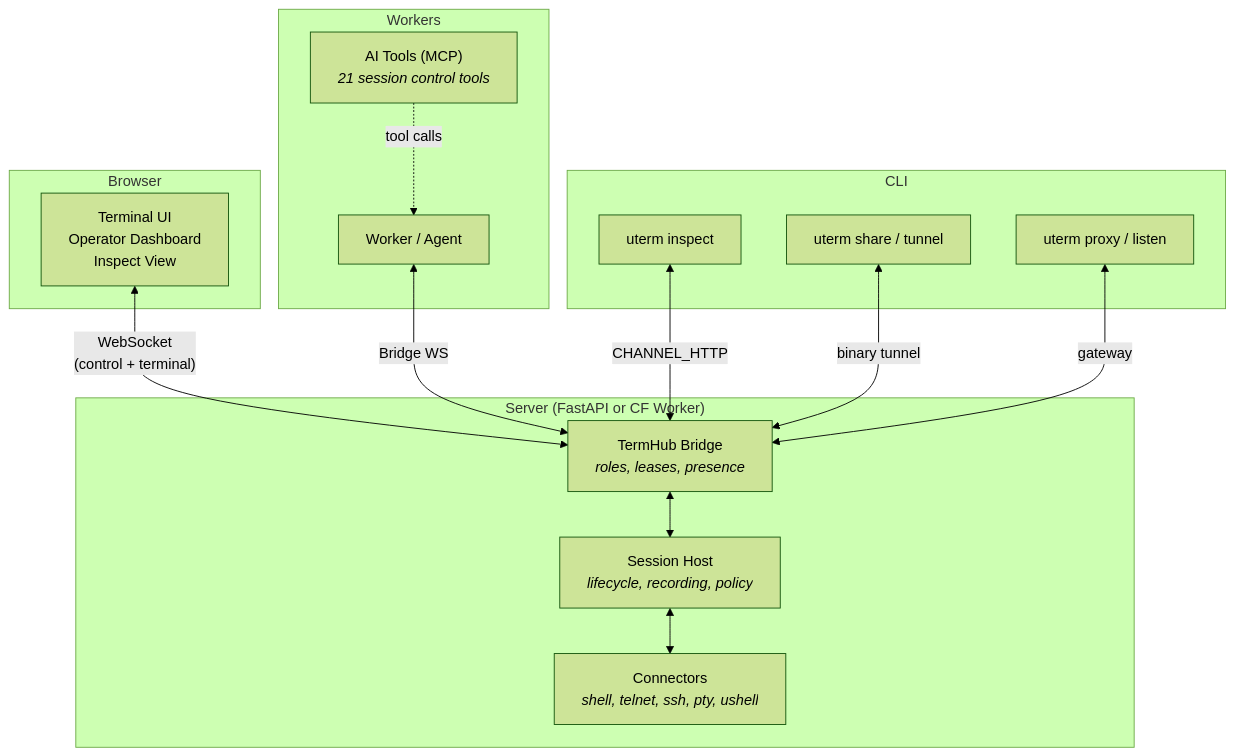
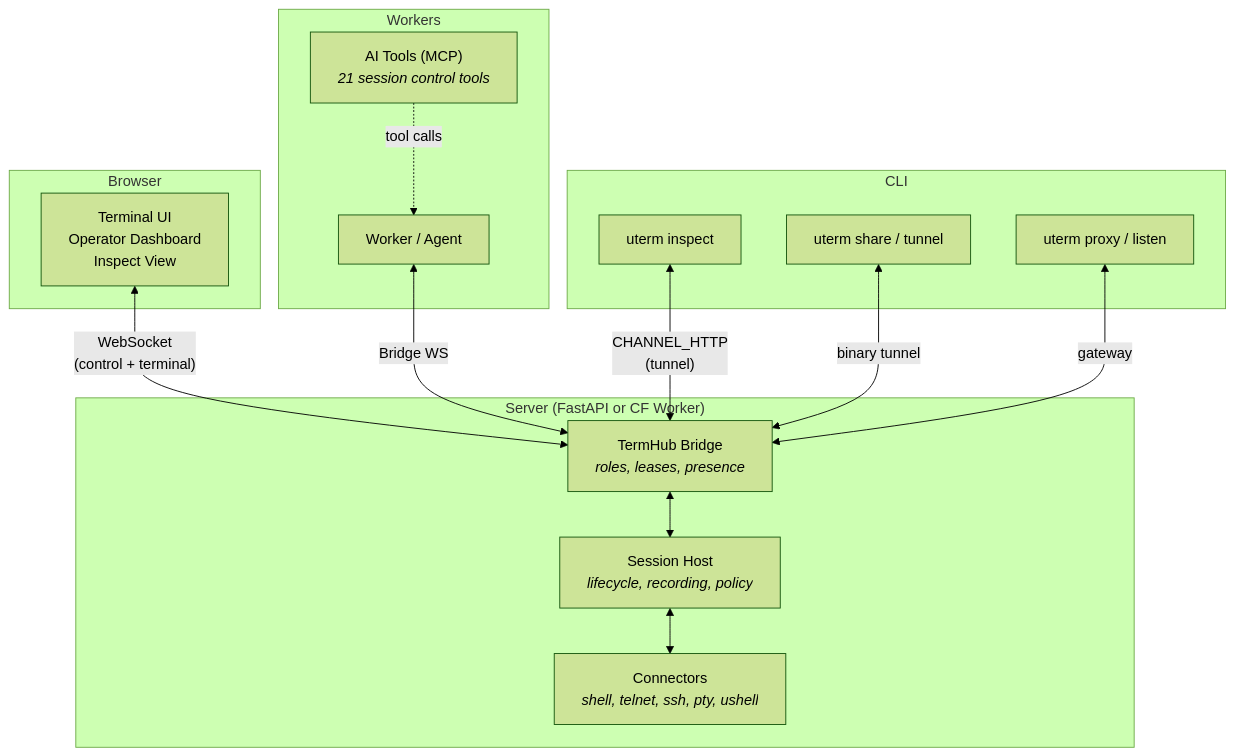
One commit to provide-io/provide-uterm changed the first of 4 diagrams in README.md. Above: the diagram before and after it, drawn with Mermaid (forest theme). The commit also changed other lines of this file and 10 other files, not shown here.

````diff
--- a/README.md
+++ b/README.md
@@ -31,32 +31,32 @@
 ```mermaid
 graph TB
     subgraph Browser
         UI["Terminal UI<br/>Operator Dashboard<br/>Inspect View"]
     end
 
     subgraph Server ["Server (FastAPI or CF Worker)"]
         Hub["TermHub Bridge<br/><i>roles, leases, presence</i>"]
         Runtime["Session Host<br/><i>lifecycle, recording, policy</i>"]
         Connectors["Connectors<br/><i>shell, telnet, ssh, pty, ushell</i>"]
     end
 
     subgraph Workers
         Agent["Worker / Agent"]
         AI["AI Tools (MCP)<br/><i>21 session control tools</i>"]
     end
 
     subgraph CLI
         Proxy["uterm proxy / listen"]
         Inspect["uterm inspect"]
         Share["uterm share / tunnel"]
     end
 
     UI <-->|"WebSocket<br/>(control + terminal)"| Hub
     Hub <--> Runtime
     Runtime <--> Connectors
     Agent <-->|"Bridge WS"| Hub
     AI -.->|"tool calls"| Agent
-    Inspect <-->|"CHANNEL_HTTP"| Hub
+    Inspect <-->|"CHANNEL_HTTP<br/>(tunnel)"| Hub
     Share <-->|"binary tunnel"| Hub
     Proxy <-->|"gateway"| Hub
 ```
````
